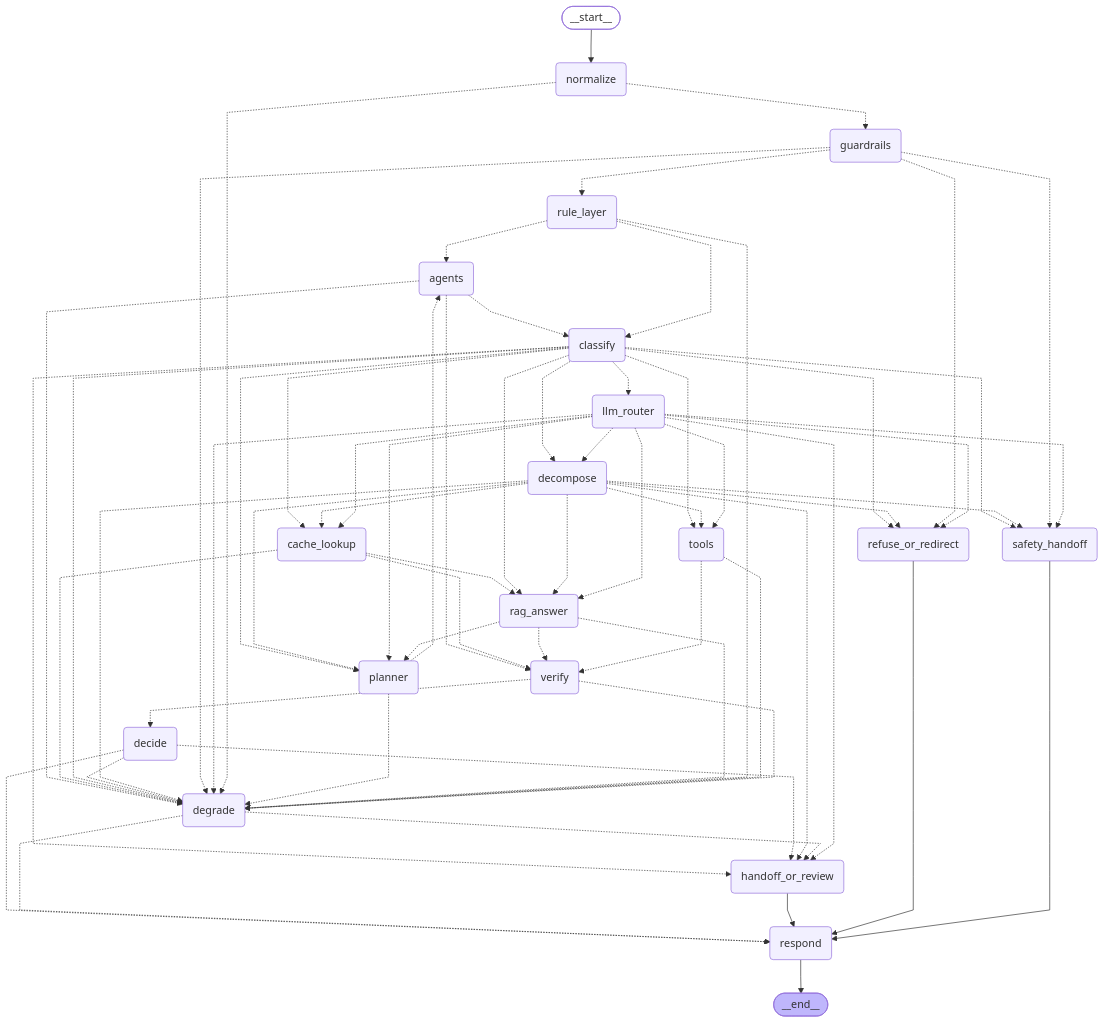
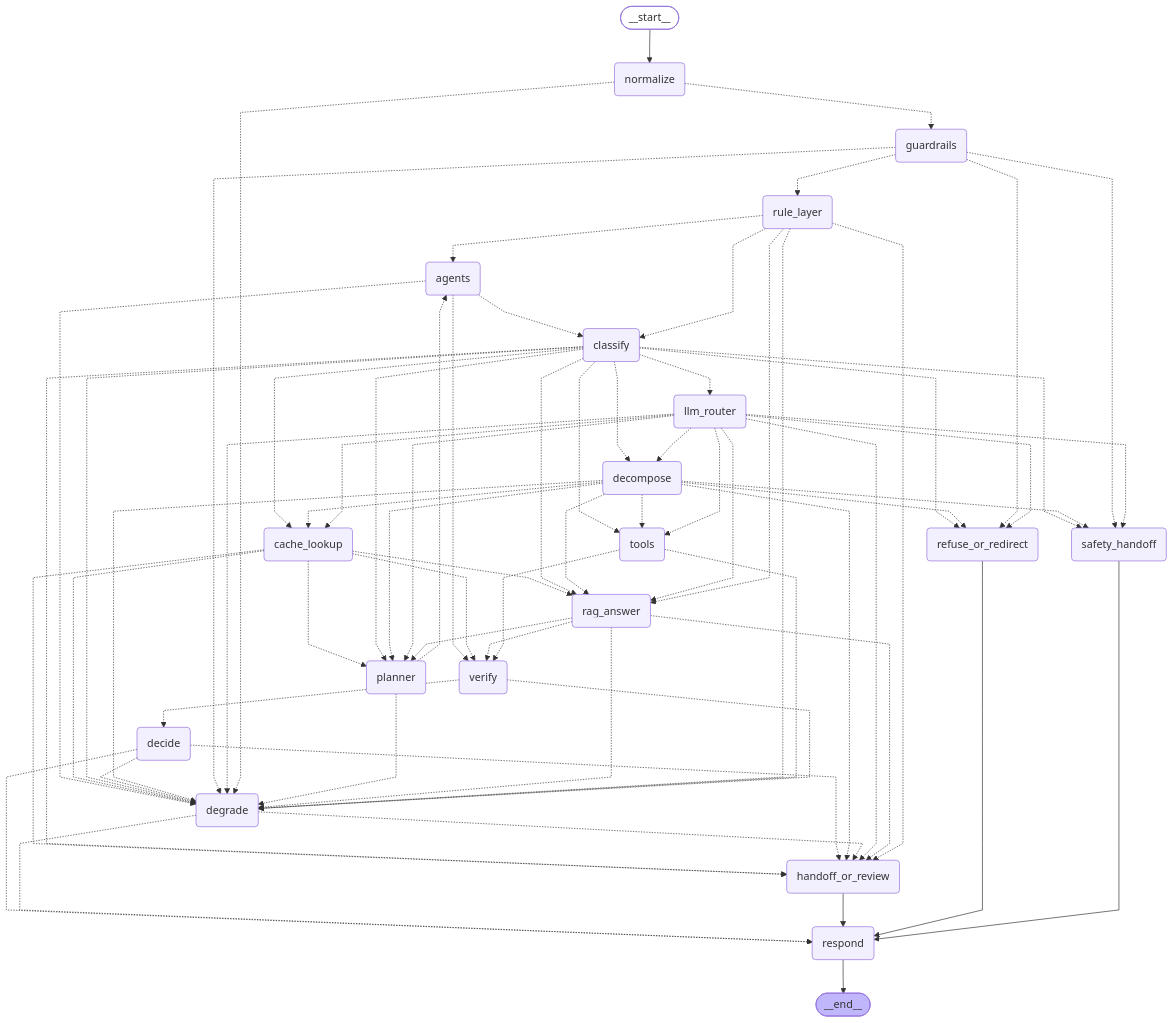
One commit to FreakForever/customer-service-poc changed the diagram in services/agent/app/orchestrator/graph.mmd. Above: the diagram before and after it, drawn with Mermaid. The commit also changed 22 other files, not shown here.

```diff
--- a/services/agent/app/orchestrator/graph.mmd
+++ b/services/agent/app/orchestrator/graph.mmd
@@ -1,90 +1,95 @@
 ---
 config:
   flowchart:
     curve: linear
 ---
 graph TD;
 	__start__([<p>__start__</p>]):::first
 	normalize(normalize)
 	guardrails(guardrails)
 	safety_handoff(safety_handoff)
 	refuse_or_redirect(refuse_or_redirect)
 	rule_layer(rule_layer)
 	classify(classify)
 	llm_router(llm_router)
 	decompose(decompose)
 	tools(tools)
 	cache_lookup(cache_lookup)
 	rag_answer(rag_answer)
 	planner(planner)
 	agents(agents)
 	verify(verify)
 	decide(decide)
 	handoff_or_review(handoff_or_review)
 	degrade(degrade)
 	respond(respond)
 	__end__([<p>__end__</p>]):::last
 	__start__ --> normalize;
 	agents -.-> classify;
 	agents -.-> degrade;
 	agents -.-> verify;
 	cache_lookup -.-> degrade;
+	cache_lookup -.-> handoff_or_review;
+	cache_lookup -.-> planner;
 	cache_lookup -.-> rag_answer;
 	cache_lookup -.-> verify;
 	classify -.-> cache_lookup;
 	classify -.-> decompose;
 	classify -.-> degrade;
 	classify -.-> handoff_or_review;
 	classify -.-> llm_router;
 	classify -.-> planner;
 	classify -.-> rag_answer;
 	classify -.-> refuse_or_redirect;
 	classify -.-> safety_handoff;
 	classify -.-> tools;
 	decide -.-> degrade;
 	decide -.-> handoff_or_review;
 	decide -.-> respond;
 	decompose -.-> cache_lookup;
 	decompose -.-> degrade;
 	decompose -.-> handoff_or_review;
 	decompose -.-> planner;
 	decompose -.-> rag_answer;
 	decompose -.-> refuse_or_redirect;
 	decompose -.-> safety_handoff;
 	decompose -.-> tools;
 	degrade -.-> handoff_or_review;
 	degrade -.-> respond;
 	guardrails -.-> degrade;
 	guardrails -.-> refuse_or_redirect;
 	guardrails -.-> rule_layer;
 	guardrails -.-> safety_handoff;
 	handoff_or_review --> respond;
 	llm_router -.-> cache_lookup;
 	llm_router -.-> decompose;
 	llm_router -.-> degrade;
 	llm_router -.-> handoff_or_review;
 	llm_router -.-> planner;
 	llm_router -.-> rag_answer;
 	llm_router -.-> refuse_or_redirect;
 	llm_router -.-> safety_handoff;
 	llm_router -.-> tools;
 	normalize -.-> degrade;
 	normalize -.-> guardrails;
 	planner -.-> agents;
 	planner -.-> degrade;
 	rag_answer -.-> degrade;
+	rag_answer -.-> handoff_or_review;
 	rag_answer -.-> planner;
 	rag_answer -.-> verify;
 	refuse_or_redirect --> respond;
 	rule_layer -.-> agents;
 	rule_layer -.-> classify;
 	rule_layer -.-> degrade;
+	rule_layer -.-> handoff_or_review;
+	rule_layer -.-> rag_answer;
 	safety_handoff --> respond;
 	tools -.-> degrade;
 	tools -.-> verify;
 	verify -.-> decide;
 	verify -.-> degrade;
 	respond --> __end__;
 	classDef default fill:#f2f0ff,line-height:1.2
 	classDef first fill-opacity:0
 	classDef last fill:#bfb6fc
```
